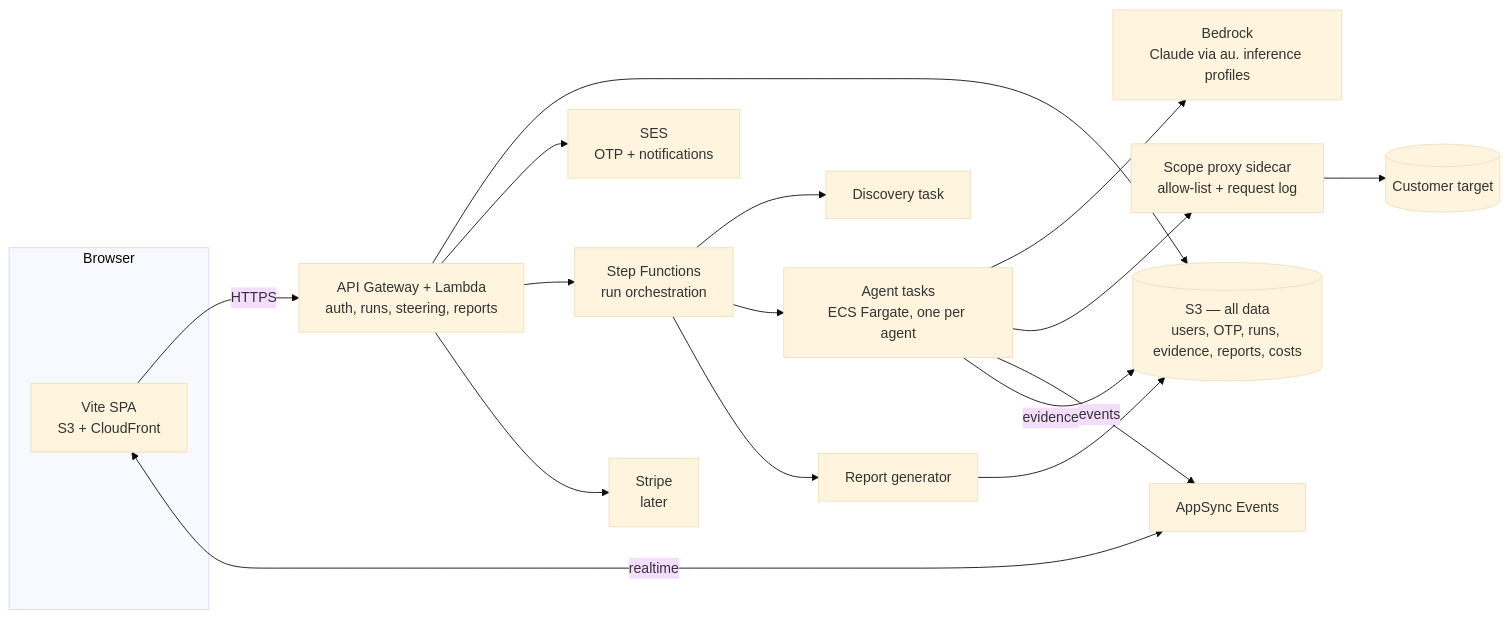
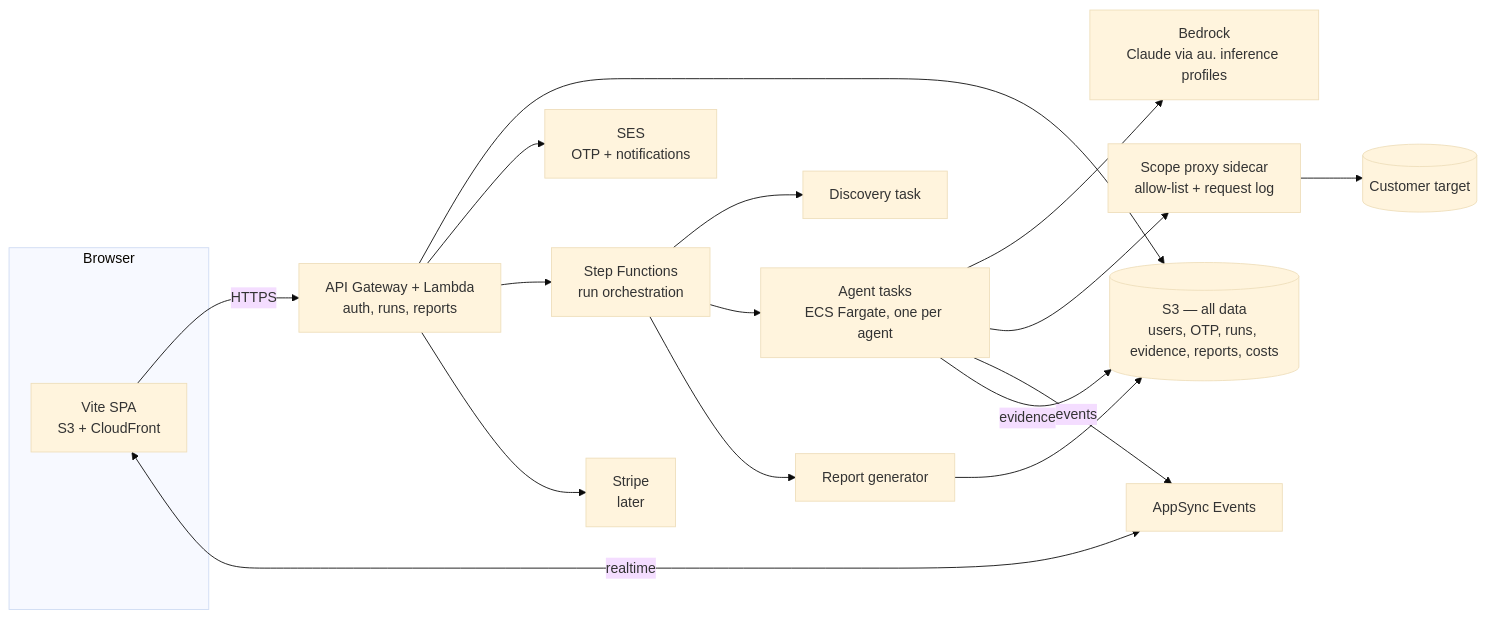
The diagram in docs/PLAN.md (hutch120/FhlostonSwarm), drawn with Mermaid (base theme) before and after one commit. The commit also changed other lines of this file and 1 other file, not shown here.

Commit message:
docs: replace Phase 8 steering with a learning loop (dynamic instructions and agents)

````diff
--- a/docs/PLAN.md
+++ b/docs/PLAN.md
@@ -33,21 +33,21 @@
 ```mermaid
 flowchart LR
   subgraph Browser
     UI[Vite SPA<br/>S3 + CloudFront]
   end
-  UI -- HTTPS --> API[API Gateway + Lambda<br/>auth, runs, steering, reports]
+  UI -- HTTPS --> API[API Gateway + Lambda<br/>auth, runs, reports]
   UI <-- realtime --> RT[AppSync Events]
   API --> S3[(S3 — all data<br/>users, OTP, runs, evidence, reports, costs)]
   API --> SES[SES<br/>OTP + notifications]
   API --> SFN[Step Functions<br/>run orchestration]
   SFN --> DISC[Discovery task]
   SFN --> AG[Agent tasks<br/>ECS Fargate, one per agent]
   AG --> BR[Bedrock<br/>Claude via au. inference profiles]
   AG --> PX[Scope proxy sidecar<br/>allow-list + request log]
   PX --> TGT[(Customer target)]
   AG -- events --> RT
   AG -- evidence --> S3
   SFN --> REP[Report generator]
   REP --> S3
   API --> STRIPE[Stripe<br/>later]
 ```
````
